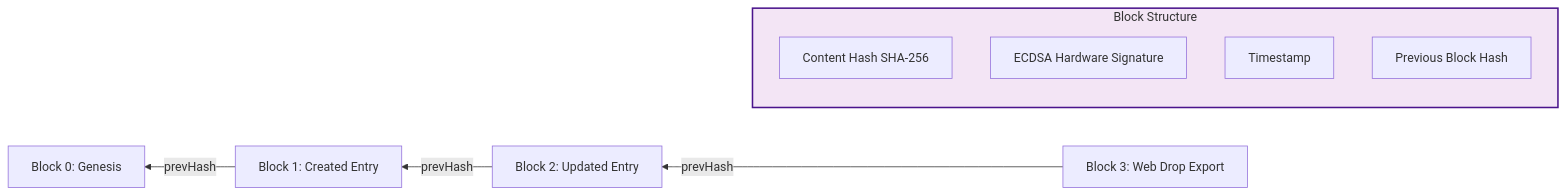
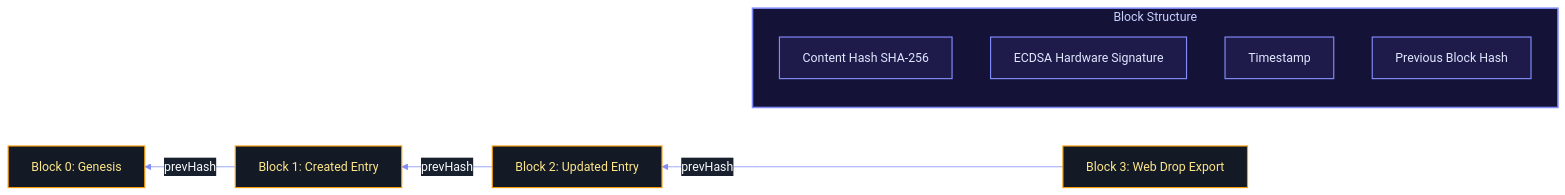
The second of 3 diagrams in docs/security.md (dwinsi/kunjika), drawn with Mermaid before and after one commit. The commit also changed other lines of this file and 13 other files, not shown here.

Commit message:
docs: add status badges and custom Mermaid themes to project documentation

````diff
--- a/docs/security.md
+++ b/docs/security.md
@@ -62,20 +92,41 @@
 ```mermaid
+%%{init: {
+  'theme': 'base',
+  'themeVariables': {
+    'darkMode': true,
+    'background': '#07090E',
+    'mainBkg': '#0F141C',
+    'primaryColor': '#131A26',
+    'primaryTextColor': '#F8FAFC',
+    'primaryBorderColor': '#F59E0B',
+    'lineColor': '#818CF8',
+    'clusterBkg': '#0F141C',
+    'clusterBorder': '#2B374A',
+    'edgeLabelBackground': '#18202E'
+  }
+}}%%
 graph RL
     B1[Block 0: Genesis]
     B2[Block 1: Created Entry]
     B3[Block 2: Updated Entry]
     B4[Block 3: Web Drop Export]
     
     B2 -- "prevHash" --> B1
     B3 -- "prevHash" --> B2
     B4 -- "prevHash" --> B3
 
     subgraph Block ["Block Structure"]
         H[Content Hash SHA-256]
         S[ECDSA Hardware Signature]
         T[Timestamp]
         P[Previous Block Hash]
     end
     
-    style Block fill:#f3e5f5,stroke:#4a148c,stroke-width:2px
+    classDef goldBlock fill:#131A26,stroke:#F59E0B,stroke-width:1.5px,color:#FDE68A;
+    classDef blockDetail fill:#1E1B4B,stroke:#818CF8,stroke-width:1.5px,color:#E0E7FF;
+    
+    class B1,B2,B3,B4 goldBlock;
+    class H,S,T,P blockDetail;
+    
+    style Block fill:#151238,stroke:#818CF8,stroke-width:2px,color:#C7D2FE
 ```
````
